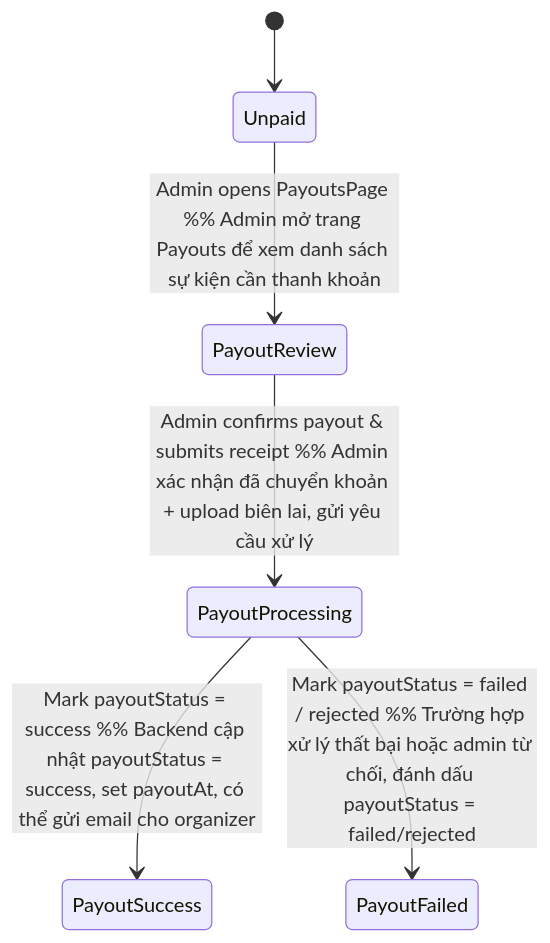
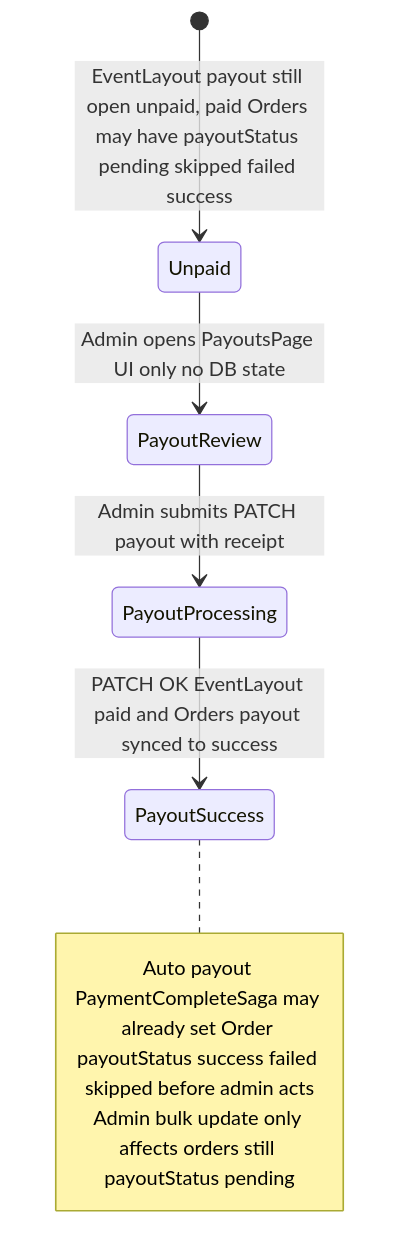
Before and after one commit to SDN-Group5/Event-Ticketing-Platform: diagram 16 of 29 in doc/UML/Phuoc_PaymentCheckin.md, drawn with Mermaid. The commit also changed other lines of this file and 5 other files, not shown here.

````diff
--- a/doc/UML/Phuoc_PaymentCheckin.md
+++ b/doc/UML/Phuoc_PaymentCheckin.md
@@ -243,10 +607,15 @@
 ```mermaid
 stateDiagram-v2
-    [*] --> Unpaid %% Trạng thái ban đầu: đã có doanh thu nhưng chưa thanh toán cho organizer (payoutStatus = pending)
-    Unpaid --> PayoutReview: Admin opens PayoutsPage %% Admin mở trang Payouts để xem danh sách sự kiện cần thanh khoản
-    PayoutReview --> PayoutProcessing: Admin confirms payout & submits receipt %% Admin xác nhận đã chuyển khoản + upload biên lai, gửi yêu cầu xử lý
-    PayoutProcessing --> PayoutSuccess: Mark payoutStatus = success %% Backend cập nhật payoutStatus = success, set payoutAt, có thể gửi email cho organizer
-    PayoutProcessing --> PayoutFailed: Mark payoutStatus = failed / rejected %% Trường hợp xử lý thất bại hoặc admin từ chối, đánh dấu payoutStatus = failed/rejected
+    [*] --> Unpaid: EventLayout payout still open unpaid, paid Orders may have payoutStatus pending skipped failed success
 
+    Unpaid --> PayoutReview: Admin opens PayoutsPage UI only no DB state
 
+    PayoutReview --> PayoutProcessing: Admin submits PATCH payout with receipt
+
+    PayoutProcessing --> PayoutSuccess: PATCH OK EventLayout paid and Orders payout synced to success
+
+    note right of PayoutSuccess
+        Auto payout PaymentCompleteSaga may already set Order payoutStatus success failed skipped before admin acts
+        Admin bulk update only affects orders still payoutStatus pending
+    end note
 ```
````
